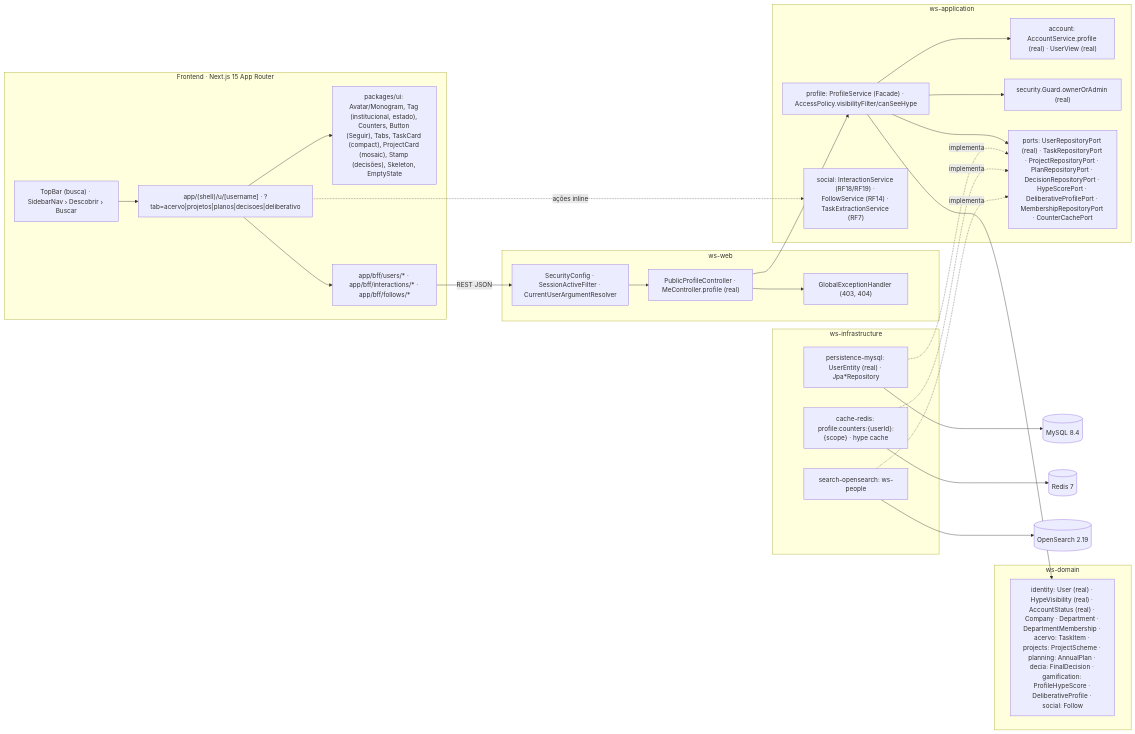
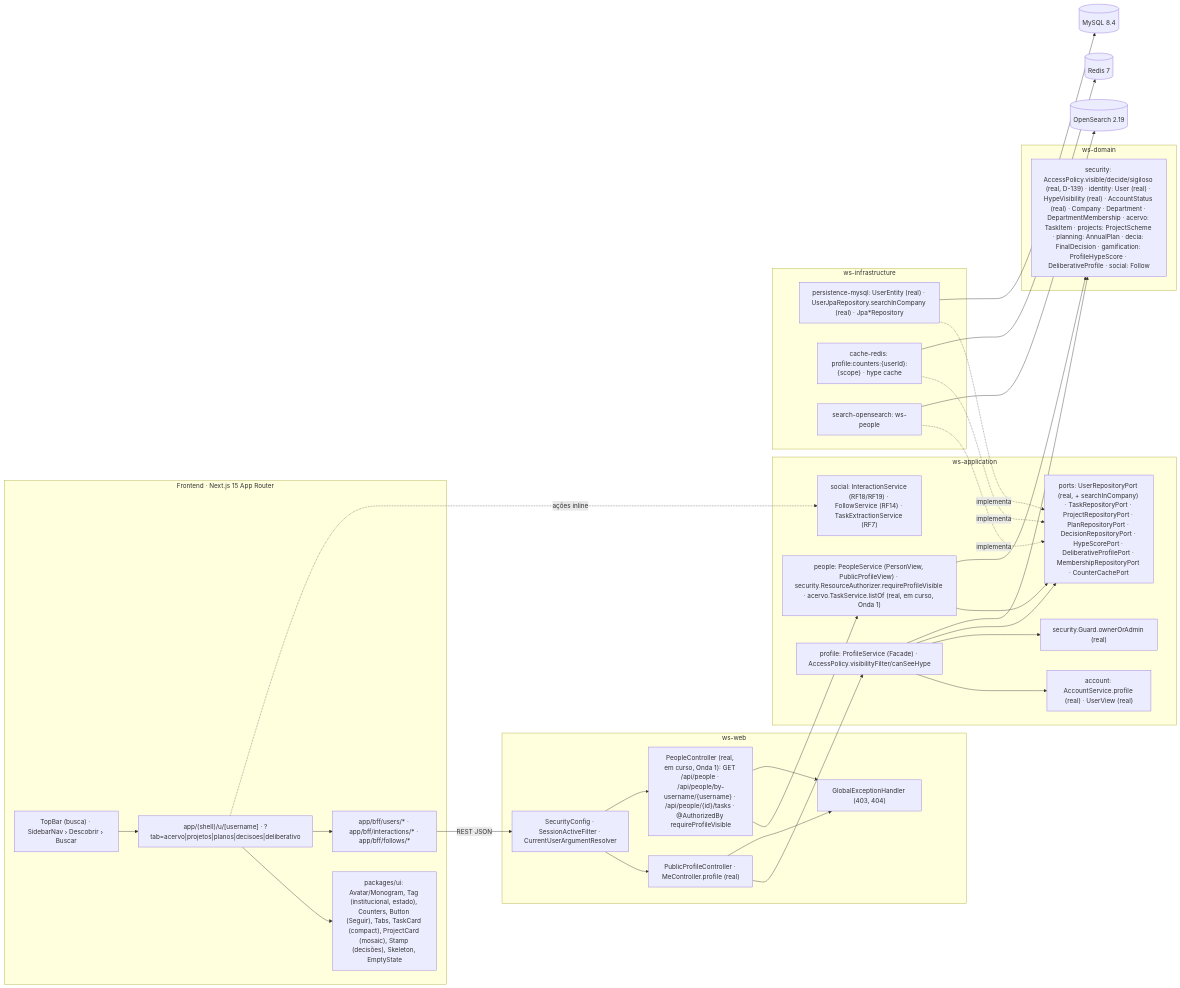
One commit to MatheusHaliski/Decia-app-2026 changed the fifth of 6 diagrams in docs/diagramas/RF16/README.md. Above: the diagram before and after it, drawn with Mermaid. The commit also changed other lines of this file and 6 other files, not shown here.

First line of the commit message:
docs(diagramas): RF2, RF6, RF14–RF17 com sessão e perfil reais

````diff
--- a/docs/diagramas/RF16/README.md
+++ b/docs/diagramas/RF16/README.md
@@ -421,46 +518,52 @@
 ```mermaid
 flowchart LR
   subgraph FE["Frontend · Next.js 15 App Router"]
     PG["app/(shell)/u/[username] · ?tab=acervo|projetos|planos|decisoes|deliberativo"]
     UI["packages/ui: Avatar/Monogram, Tag (institucional, estado), Counters, Button (Seguir), Tabs, TaskCard (compact), ProjectCard (mosaic), Stamp (decisões), Skeleton, EmptyState"]
     SN["TopBar (busca) · SidebarNav › Descobrir › Buscar"]
     BFF["app/bff/users/* · app/bff/interactions/* · app/bff/follows/*"]
     PG --> UI
     PG --> BFF
     SN --> PG
   end
   subgraph WSWEB["ws-web"]
     SEC["SecurityConfig · SessionActiveFilter · CurrentUserArgumentResolver"]
     PC["PublicProfileController · MeController.profile (real)"]
+    PPL["PeopleController (real, em curso, Onda 1): GET /api/people · /api/people/by-username/{username} · /api/people/{id}/tasks · @AuthorizedBy requireProfileVisible"]
     GEH["GlobalExceptionHandler (403, 404)"]
   end
   subgraph WSAPP["ws-application"]
     PF["profile: ProfileService (Facade) · AccessPolicy.visibilityFilter/canSeeHype"]
     AC["account: AccountService.profile (real) · UserView (real)"]
     GD["security.Guard.ownerOrAdmin (real)"]
-    PORTS["ports: UserRepositoryPort (real) · TaskRepositoryPort · ProjectRepositoryPort · PlanRepositoryPort · DecisionRepositoryPort · HypeScorePort · DeliberativeProfilePort · MembershipRepositoryPort · CounterCachePort"]
+    PORTS["ports: UserRepositoryPort (real, + searchInCompany) · TaskRepositoryPort · ProjectRepositoryPort · PlanRepositoryPort · DecisionRepositoryPort · HypeScorePort · DeliberativeProfilePort · MembershipRepositoryPort · CounterCachePort"]
     SOC["social: InteractionService (RF18/RF19) · FollowService (RF14) · TaskExtractionService (RF7)"]
+    PS["people: PeopleService (PersonView, PublicProfileView) · security.ResourceAuthorizer.requireProfileVisible · acervo.TaskService.listOf (real, em curso, Onda 1)"]
+    PS --> PORTS
     PF --> AC
     PF --> GD
     PF --> PORTS
     PG -.ações inline.-> SOC
   end
   subgraph WSDOM["ws-domain"]
-    DOM["identity: User (real) · HypeVisibility (real) · AccountStatus (real) · Company · Department · DepartmentMembership · acervo: TaskItem · projects: ProjectScheme · planning: AnnualPlan · decia: FinalDecision · gamification: ProfileHypeScore · DeliberativeProfile · social: Follow"]
+    DOM["security: AccessPolicy.visible/decide/sigiloso (real, D-139) · identity: User (real) · HypeVisibility (real) · AccountStatus (real) · Company · Department · DepartmentMembership · acervo: TaskItem · projects: ProjectScheme · planning: AnnualPlan · decia: FinalDecision · gamification: ProfileHypeScore · DeliberativeProfile · social: Follow"]
   end
   subgraph INFRA["ws-infrastructure"]
-    MY["persistence-mysql: UserEntity (real) · Jpa*Repository"]
+    MY["persistence-mysql: UserEntity (real) · UserJpaRepository.searchInCompany (real) · Jpa*Repository"]
     RDS["cache-redis: profile:counters:{userId}:{scope} · hype cache"]
     OSE["search-opensearch: ws-people"]
   end
 
   BFF -->|"REST JSON"| SEC --> PC --> PF
   PC --> GEH
+  SEC --> PPL --> PS
+  PPL --> GEH
+  PS --> DOM
   MY -.implementa.-> PORTS
   RDS -.implementa.-> PORTS
   OSE -.implementa.-> PORTS
   PF --> DOM
   MY --> DB[("MySQL 8.4")]
   RDS --> RD[("Redis 7")]
   OSE --> OSX[("OpenSearch 2.19")]
 ```
````
